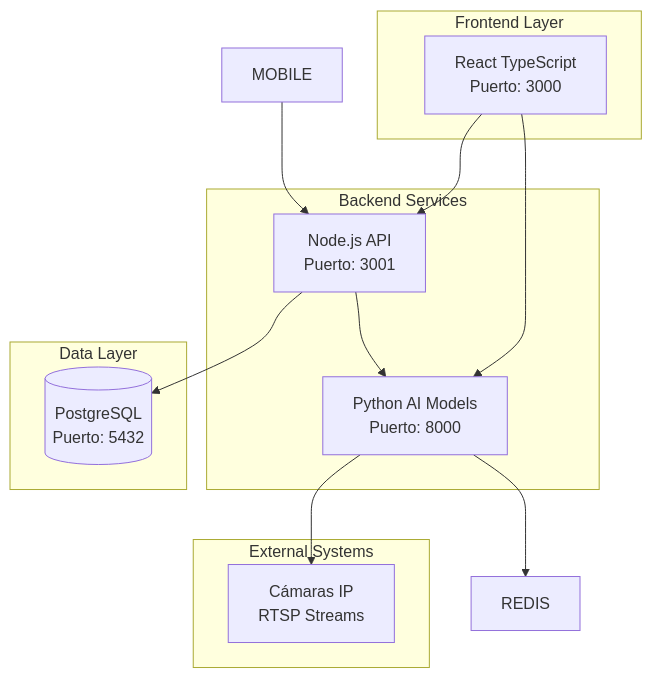
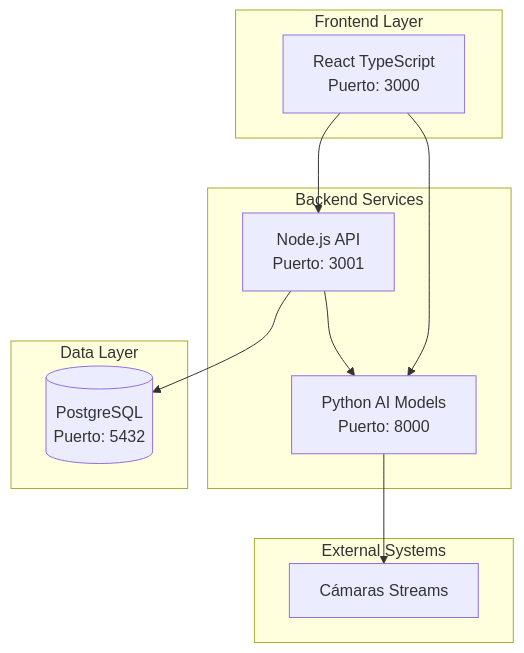
The diagram in README.md (CristobalSg/SmartParkingTwo), drawn with Mermaid before and after one commit.

Commit message:
refactor: Simplificar diagramas eliminando referencias a Redis y dispositivos móviles

````diff
--- a/README.md
+++ b/README.md
@@ -9,27 +9,25 @@
 ```mermaid
 graph TB
     subgraph "Frontend Layer"
         FE[React TypeScript<br/>Puerto: 3000]
     end
     
     subgraph "Backend Services"
         API[Node.js API<br/>Puerto: 3001]
         AI[Python AI Models<br/>Puerto: 8000]
     end
     
     subgraph "Data Layer"  
         DB[(PostgreSQL<br/>Puerto: 5432)]
     end
     
     subgraph "External Systems"
-        CAM[Cámaras IP<br/>RTSP Streams]
+        CAM[Cámaras Streams]
     end
 
     FE --> API
     FE --> AI
     API --> DB
-    AI --> REDIS
     AI --> CAM
-    MOBILE --> API
     API --> AI
 ```
````
